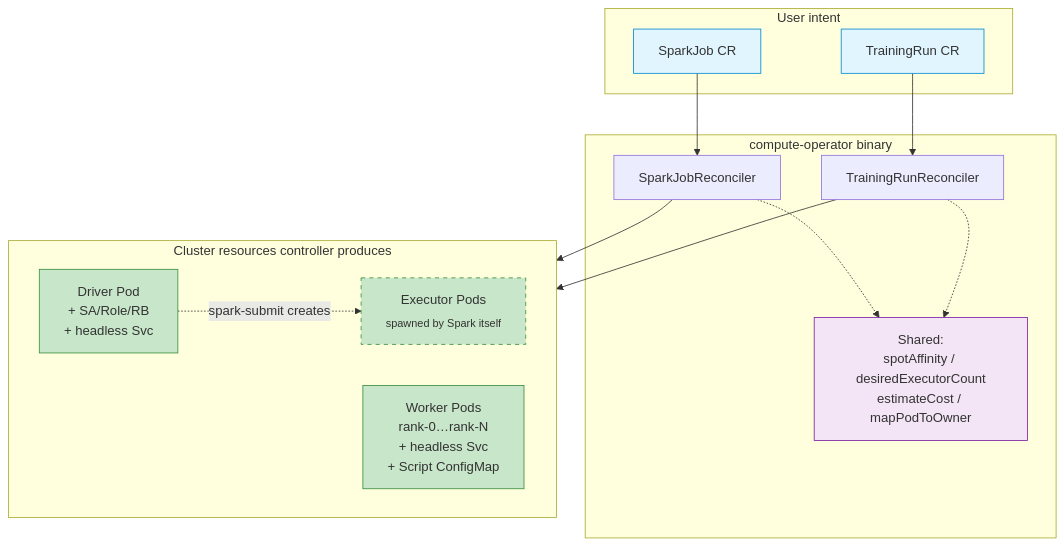
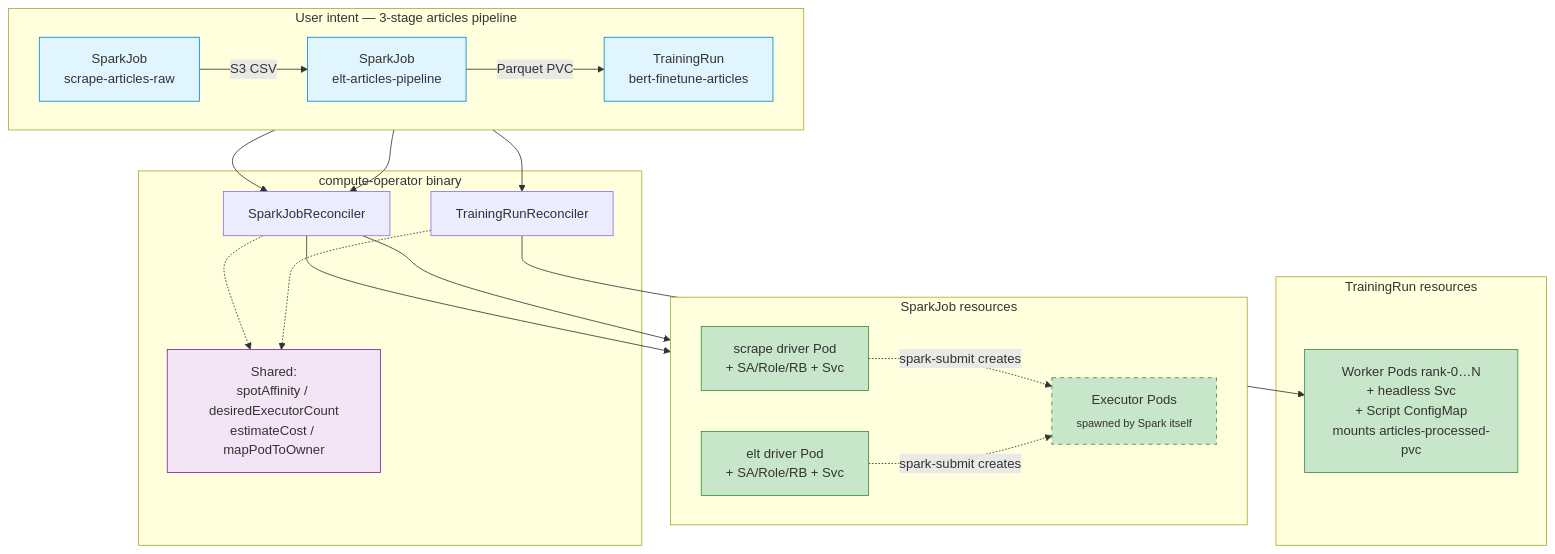
The third of 4 diagrams in README.md (huzaifa678/operator-k8s), drawn with Mermaid before and after one commit. The commit also changed other lines of this file and 34 other files, not shown here.

````diff
--- a/README.md
+++ b/README.md
@@ -88,36 +127,49 @@
 ```mermaid
 flowchart TB
-    subgraph User_intent["User intent"]
-        SJ[SparkJob CR]
-        TR[TrainingRun CR]
+    subgraph User_intent["User intent — 3-stage articles pipeline"]
+        direction LR
+        SJ1[SparkJob<br/>scrape-articles-raw]
+        SJ2[SparkJob<br/>elt-articles-pipeline]
+        TR[TrainingRun<br/>bert-finetune-articles]
+        SJ1 -- S3 CSV --> SJ2
+        SJ2 -- Parquet PVC --> TR
     end
 
     subgraph Controller["compute-operator binary"]
         SR[SparkJobReconciler]
         TRR[TrainingRunReconciler]
         SHARED[Shared:<br/>spotAffinity / desiredExecutorCount<br/>estimateCost / mapPodToOwner]
     end
 
-    subgraph Cluster_resources["Cluster resources controller produces"]
+    subgraph Spark_resources["SparkJob resources"]
         direction LR
-        SDRV[Driver Pod<br/>+ SA/Role/RB<br/>+ headless Svc]
+        SDRV1[scrape driver Pod<br/>+ SA/Role/RB + Svc]
+        SDRV2[elt driver Pod<br/>+ SA/Role/RB + Svc]
         SEXE[Executor Pods<br/><sub>spawned by Spark itself</sub>]
-        TWRK[Worker Pods<br/>rank-0…rank-N<br/>+ headless Svc<br/>+ Script ConfigMap]
     end
 
-    SJ --> SR
-    TR --> TRR
-    SR -.-> SHARED
+    subgraph Training_resources["TrainingRun resources"]
+        TWRK[Worker Pods rank-0…N<br/>+ headless Svc<br/>+ Script ConfigMap<br/>mounts articles-processed-pvc]
+    end
+
+    SJ1 --> SR
+    SJ2 --> SR
+    TR  --> TRR
+    SR  -.-> SHARED
     TRR -.-> SHARED
 
-    SR --> SDRV
-    SDRV -. spark-submit creates .-> SEXE
+    SR  --> SDRV1
+    SR  --> SDRV2
+    SDRV1 -. spark-submit creates .-> SEXE
+    SDRV2 -. spark-submit creates .-> SEXE
     TRR --> TWRK
 
-    style SJ fill:#e1f5ff,stroke:#0288d1
-    style TR fill:#e1f5ff,stroke:#0288d1
+    style SJ1  fill:#e1f5ff,stroke:#0288d1
+    style SJ2  fill:#e1f5ff,stroke:#0288d1
+    style TR   fill:#e1f5ff,stroke:#0288d1
     style SHARED fill:#f3e5f5,stroke:#7b1fa2
-    style SDRV fill:#c8e6c9,stroke:#388e3c
-    style SEXE fill:#c8e6c9,stroke:#388e3c,stroke-dasharray: 5 5
-    style TWRK fill:#c8e6c9,stroke:#388e3c
+    style SDRV1 fill:#c8e6c9,stroke:#388e3c
+    style SDRV2 fill:#c8e6c9,stroke:#388e3c
+    style SEXE  fill:#c8e6c9,stroke:#388e3c,stroke-dasharray: 5 5
+    style TWRK  fill:#c8e6c9,stroke:#388e3c
 ```
````
